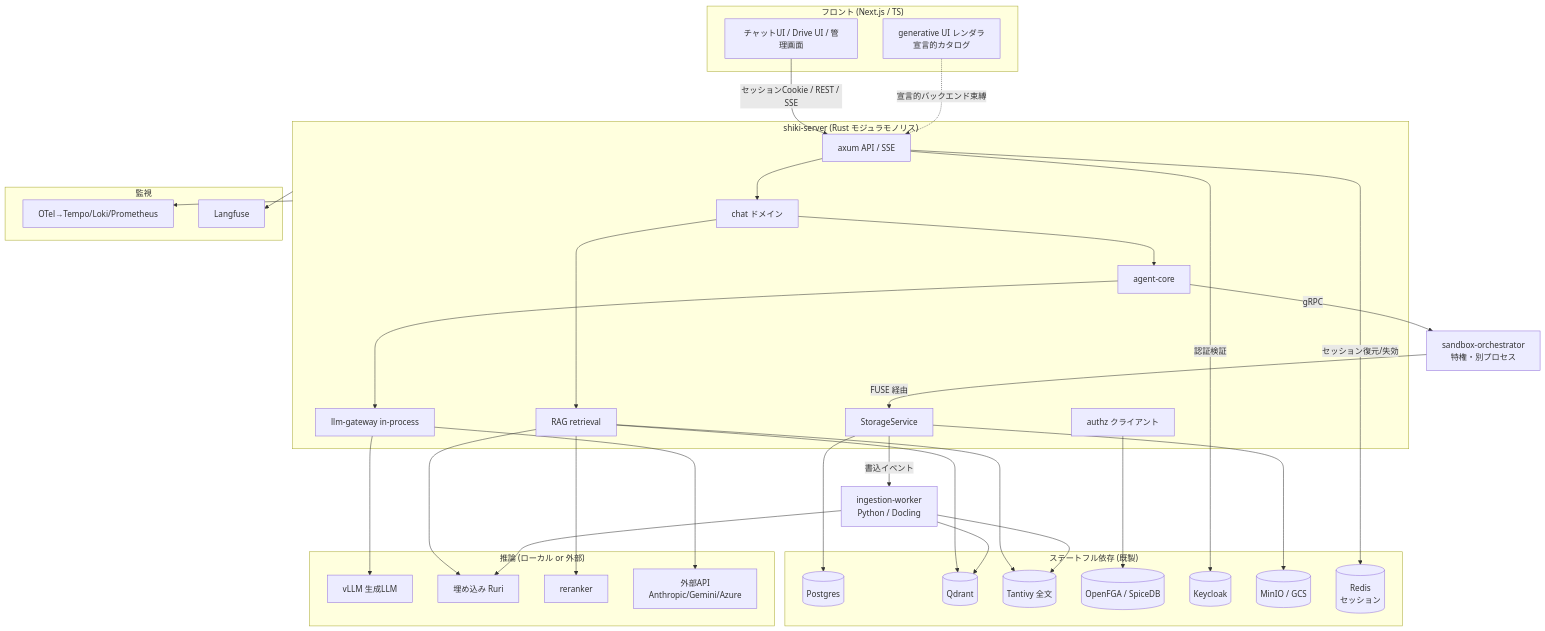
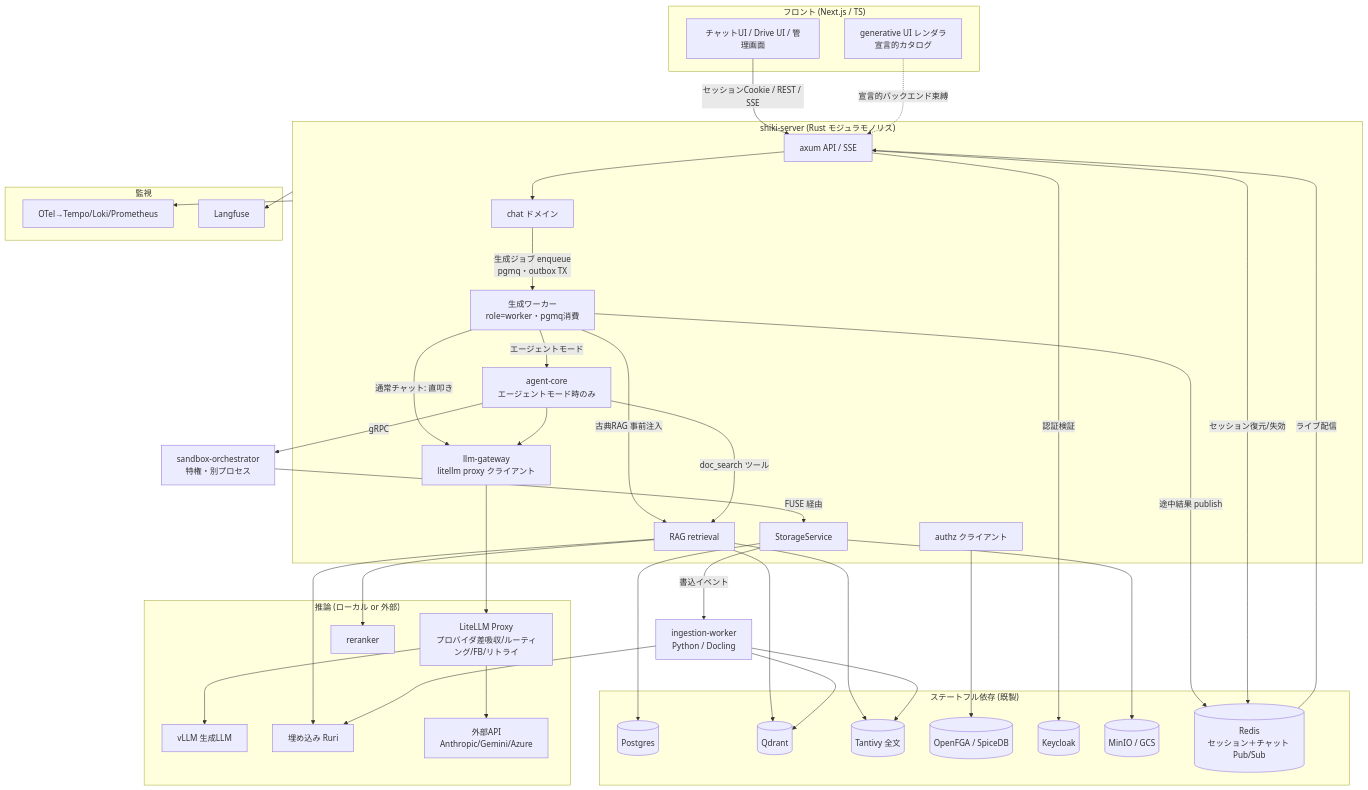
The first of 9 diagrams in docs/design.md (imanect-labs/shiki-platform), drawn with Mermaid before and after one commit. The commit also changed other lines of this file and 10 other files, not shown here.

First line of the commit message:
docs: llm-gateway を litellm 化＋チャット接続非依存生成＋agentモードゲーティング

````diff
--- a/docs/design.md
+++ b/docs/design.md
@@ -18,58 +19,68 @@
 ```mermaid
 flowchart TB
   subgraph Client["フロント (Next.js / TS)"]
     UI[チャットUI / Drive UI / 管理画面]
     GUI[generative UI レンダラ<br/>宣言的カタログ]
   end
 
   subgraph Server["shiki-server (Rust モジュラモノリス)"]
     API[axum API / SSE]
     CHAT[chat ドメイン]
-    AGENT[agent-core]
-    GW[llm-gateway in-process]
+    WORKER[生成ワーカー<br/>role=worker・pgmq消費]
+    AGENT[agent-core<br/>エージェントモード時のみ]
+    GW[llm-gateway<br/>litellm proxy クライアント]
     STORE[StorageService]
     RAG[RAG retrieval]
     AUTHZc[authz クライアント]
   end
 
   ORCH[sandbox-orchestrator<br/>特権・別プロセス]
   INGEST[ingestion-worker<br/>Python / Docling]
 
   subgraph Infra["ステートフル依存 (既製)"]
     PG[(Postgres)]
     QD[(Qdrant)]
     TV[(Tantivy 全文)]
     FGA[(OpenFGA / SpiceDB)]
     KC[(Keycloak)]
     OBJ[(MinIO / GCS)]
-    RD[(Redis<br/>セッション)]
+    RD[(Redis<br/>セッション＋チャット Pub/Sub)]
   end
 
   subgraph Infer["推論 (ローカル or 外部)"]
+    LITELLM[LiteLLM Proxy<br/>プロバイダ差吸収/ルーティング/FB/リトライ]
     VLLM[vLLM 生成LLM]
     EMB[埋め込み Ruri]
     RR[reranker]
     EXT[外部API<br/>Anthropic/Gemini/Azure]
   end
 
   subgraph Obs["監視"]
     OTEL[OTel→Tempo/Loki/Prometheus]
     LF[Langfuse]
   end
 
   UI -->|セッションCookie / REST / SSE| API
   GUI -. 宣言的バックエンド束縛 .-> API
-  API --> CHAT --> AGENT --> GW
-  GW --> VLLM & EXT
+  API --> CHAT
+  CHAT -->|生成ジョブ enqueue<br/>pgmq・outbox TX| WORKER
+  WORKER -->|通常チャット: 直叩き| GW
+  WORKER -->|エージェントモード| AGENT
+  AGENT --> GW
+  WORKER -->|古典RAG 事前注入| RAG
+  AGENT -->|doc_search ツール| RAG
+  WORKER -->|途中結果 publish| RD
+  RD -->|ライブ配信| API
+  GW --> LITELLM
+  LITELLM --> VLLM & EXT
   RAG --> QD & TV & RR & EMB
-  CHAT --> RAG
   AGENT -->|gRPC| ORCH
   ORCH -->|FUSE 経由| STORE
   STORE --> OBJ & PG
   STORE -->|書込イベント| INGEST
   INGEST --> QD & TV & EMB
   AUTHZc --> FGA
   API -->|認証検証| KC
   API -->|セッション復元/失効| RD
   Server --> OTEL & LF
 ```
````
